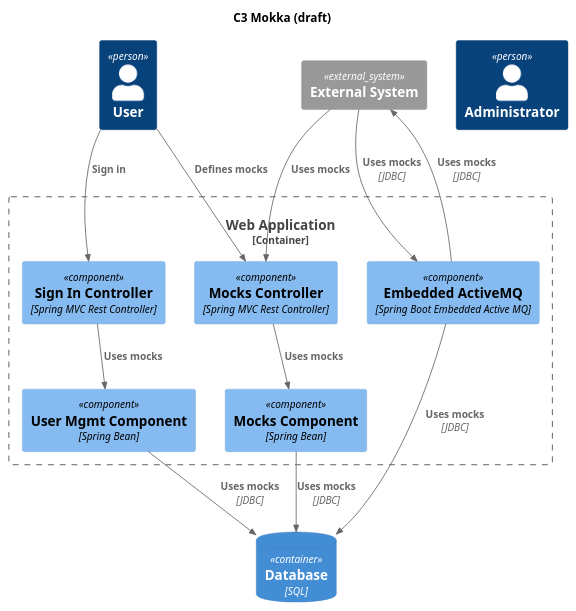
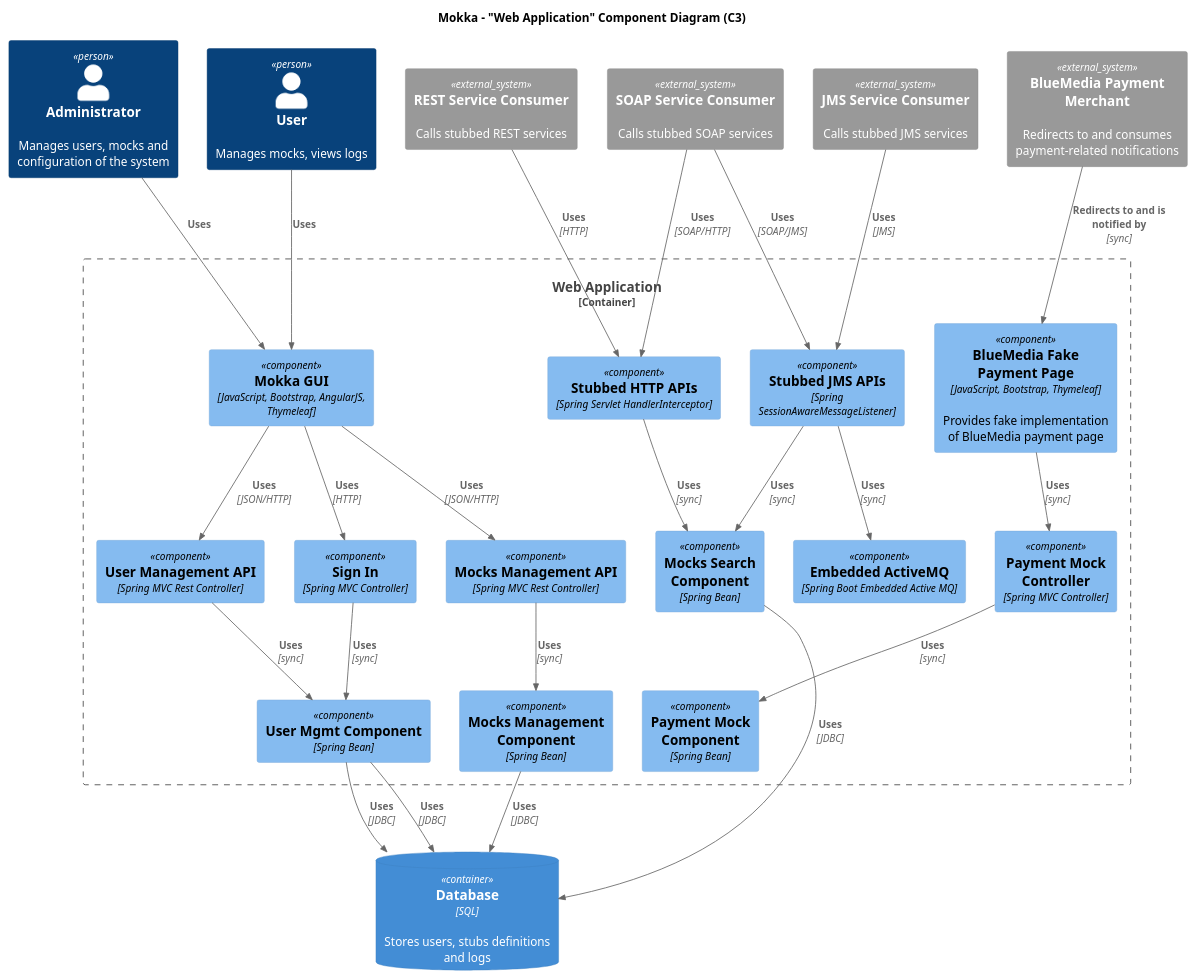
One commit to hycomsa/mokka changed the diagram in doc/c4model/c3.puml. Above: the diagram before and after it, drawn with PlantUML. The commit also changed 2 other files, not shown here.

```diff
--- a/doc/c4model/c3.puml
+++ b/doc/c4model/c3.puml
@@ -1,29 +1,53 @@
 @startuml
 !includeurl https://raw.githubusercontent.com/RicardoNiepel/C4-PlantUML/release/1-0/C4_Component.puml
 
-title C3 Mokka (draft)
+title Mokka - "Web Application" Component Diagram (C3)
 
-Person(user, "User", "")
-Person(adm, "Administrator", "")
-System_Ext(externalSystem, "External System", "")
-ContainerDb(db, "Database", "SQL", "")
+Person(user, "User", "Manages mocks, views logs")
+Person(adm, "Administrator", "Manages users, mocks and configuration of the system")
+System_Ext(restServiceConsumer, "REST Service Consumer", "Calls stubbed REST services")
+System_Ext(soapServiceConsumer, "SOAP Service Consumer", "Calls stubbed SOAP services")
+System_Ext(jmsServiceConsumer, "JMS Service Consumer", "Calls stubbed JMS services")
+System_Ext(paymentMerchant, "BlueMedia Payment Merchant", "Redirects to and consumes payment-related notifications")
+
+ContainerDb(db, "Database", "SQL", "Stores users, stubs definitions and logs")
 
 Container_Boundary(c1, "Web Application") {
-    Component(signInController, "Sign In Controller", "Spring MVC Rest Controller", "")
+    Component(gui, "Mokka GUI", "JavaScript, Bootstrap, AngularJS, Thymeleaf", "")
+    Component(signInController, "Sign In", "Spring MVC Controller", "")
+    Component(userMgmtController, "User Management API", "Spring MVC Rest Controller", "")
     Component(userMgmtComponent, "User Mgmt Component", "Spring Bean", "")
-    Component(mockController, "Mocks Controller", "Spring MVC Rest Controller", "")
-    Component(mockComponent, "Mocks Component", "Spring Bean", "")
+    Component(mockController, "Mocks Management API", "Spring MVC Rest Controller", "")
+    Component(mockMgmtComponent, "Mocks Management Component", "Spring Bean", "")
+    Component(mockSearchComponent, "Mocks Search Component", "Spring Bean", "")
+    Component(paymentGui, "BlueMedia Fake Payment Page", "JavaScript, Bootstrap, Thymeleaf", "Provides fake implementation of BlueMedia payment page")
+    Component(paymentController, "Payment Mock Controller", "Spring MVC Controller", "")
+    Component(paymentComponent, "Payment Mock Component", "Spring Bean", "")
+    Component(jmsListener, "Stubbed JMS APIs", "Spring SessionAwareMessageListener", "")
     Component(activemq, "Embedded ActiveMQ", "Spring Boot Embedded Active MQ", "")
+    Component(httpServletInterceptor, "Stubbed HTTP APIs", "Spring Servlet HandlerInterceptor", "")
 }
 
-Rel(user, signInController, "Sign in")
-Rel(user, mockController, "Defines mocks")
-Rel(externalSystem, mockController, "Uses mocks")
-Rel(signInController, userMgmtComponent, "Uses mocks")
-Rel(userMgmtComponent, db, "Uses mocks", "JDBC")
-Rel(mockController, mockComponent, "Uses mocks")
-Rel(mockComponent, db, "Uses mocks", "JDBC")
-Rel(activemq, db, "Uses mocks", "JDBC")
-Rel(externalSystem, activemq, "Uses mocks", "JDBC")
-Rel(activemq, externalSystem, "Uses mocks", "JDBC")
+Rel(user, gui, "Uses")
+Rel(adm, gui, "Uses")
+Rel(gui, signInController, "Uses", "HTTP")
+Rel(gui, mockController, "Uses", "JSON/HTTP")
+Rel(gui, userMgmtController, "Uses", "JSON/HTTP")
+Rel(signInController, userMgmtComponent, "Uses", "sync")
+Rel(userMgmtComponent, db, "Uses", "JDBC")
+Rel(userMgmtController, userMgmtComponent, "Uses", "sync")
+Rel(userMgmtComponent, db, "Uses", "JDBC")
+Rel(mockController, mockMgmtComponent, "Uses", "sync")
+Rel(mockMgmtComponent, db, "Uses", "JDBC")
+Rel(mockSearchComponent, db, "Uses", "JDBC")
+Rel(jmsServiceConsumer, jmsListener, "Uses", "JMS")
+Rel(soapServiceConsumer, jmsListener, "Uses", "SOAP/JMS")
+Rel(jmsListener, activemq, "Uses", "sync")
+Rel(jmsListener, mockSearchComponent, "Uses", "sync")
+Rel(restServiceConsumer, httpServletInterceptor, "Uses", "HTTP")
+Rel(soapServiceConsumer, httpServletInterceptor, "Uses", "SOAP/HTTP")
+Rel(httpServletInterceptor, mockSearchComponent, "Uses", "sync")
+Rel(paymentMerchant, paymentGui, "Redirects to and is notified by", "sync")
+Rel(paymentGui, paymentController, "Uses", "sync")
+Rel(paymentController, paymentComponent, "Uses", "sync")
 @enduml
```
